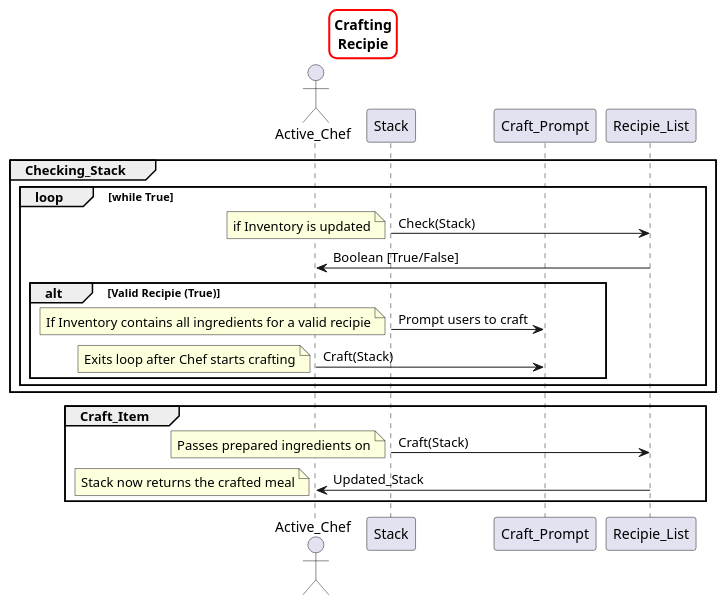
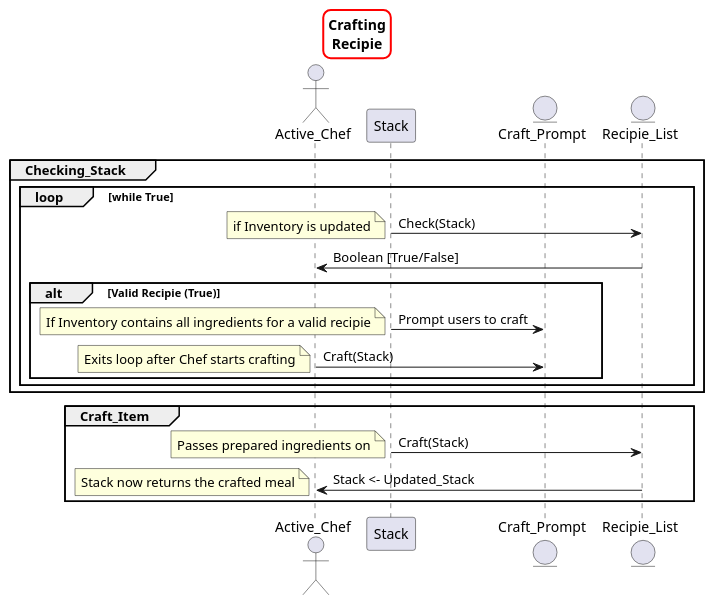
The diagram in Architecture Diagrams/Sequence Diagrams/Crafting_Recipie.puml (Runtime-Terrors-Team-5/UML-Diagrams), drawn with PlantUML before and after one commit. The commit also changed other lines of this file and 11 other files, not shown here.

Commit message:
Missing Chef Interaction Sequence Diagrams

```diff
--- a/Architecture Diagrams/Sequence Diagrams/Crafting_Recipie.puml
+++ b/Architecture Diagrams/Sequence Diagrams/Crafting_Recipie.puml
@@ -3,37 +3,35 @@
 @startuml
 skinparam titleBorderRoundCorner 15
 skinparam titleBorderThickness 2
 skinparam titleBorderColor red
 title Crafting\nRecipie
 
 actor Active_Chef as Chef
 participant Stack as Inventory
-participant Craft_Prompt as GUI
-participant Recipie_List as Recipies
+entity Craft_Prompt as GUI
+entity Recipie_List as Recipies
 
-' Placing Item
+' Checking stack for a valid combination of items that can be crafted into a meal
 group Checking_Stack
     loop while True
         Inventory -> Recipies : Check(Stack)
         note left: if Inventory is updated
         Chef <- Recipies : Boolean [True/False]
         alt Valid Recipie (True)
         Inventory -> GUI : Prompt users to craft
         note left: If Inventory contains all ingredients for a valid recipie
         Chef -> GUI : Craft(Stack)
         note left: Exits loop after Chef starts crafting
         end
     end
 end
 
-
-' Attempting to Fry Item
+' Crafting meal out of ingredients in the stack
 group Craft_Item
     Inventory -> Recipies : Craft(Stack)
     note left: Passes prepared ingredients on
-    Chef <- Recipies : Updated_Stack
+    Chef <- Recipies : Stack <- Updated_Stack
     note left: Stack now returns the crafted meal
 end
 
-
 @enduml
```
